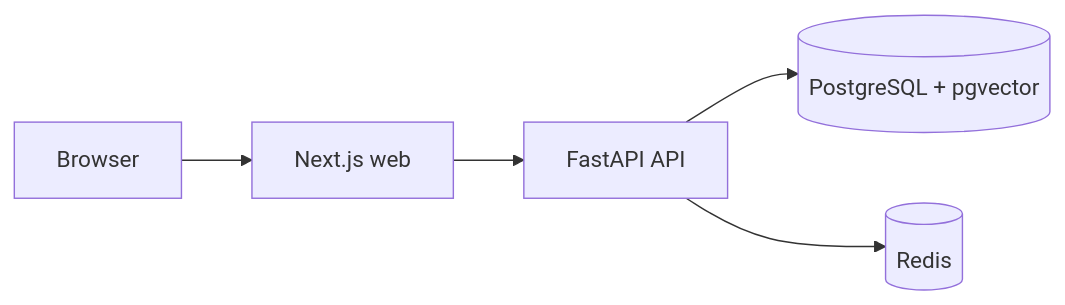
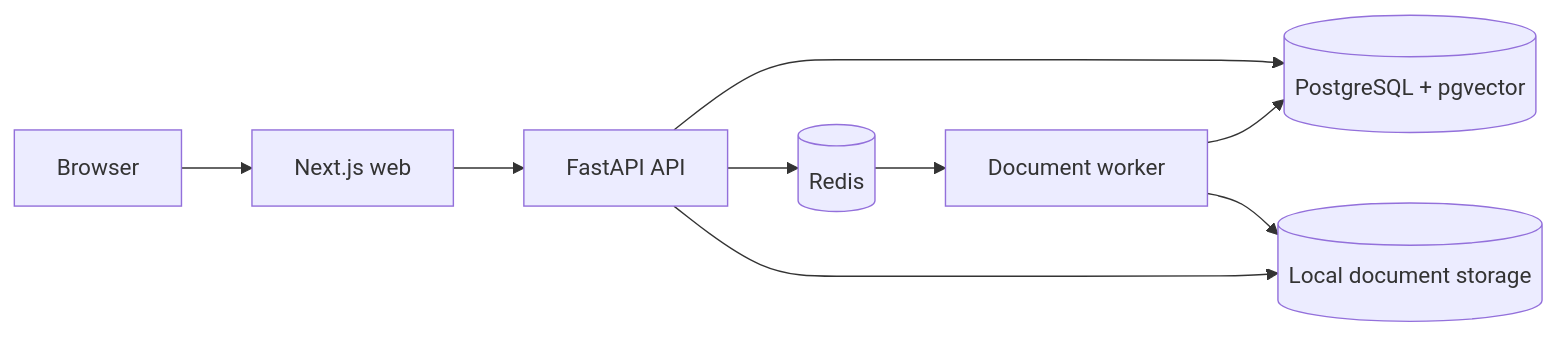
The diagram in docs/architecture.md (SantoshThkr/ops-ai), drawn with Mermaid before and after one commit. The commit also changed other lines of this file and 15 other files, not shown here.

````diff
--- a/docs/architecture.md
+++ b/docs/architecture.md
@@ -3,7 +3,11 @@
 ```mermaid
 flowchart LR
     Browser[Browser] --> Web[Next.js web]
     Web --> API[FastAPI API]
     API --> Postgres[(PostgreSQL + pgvector)]
     API --> Redis[(Redis)]
+    API --> Storage[(Local document storage)]
+    Redis --> Worker[Document worker]
+    Worker --> Postgres
+    Worker --> Storage
 ```
````
